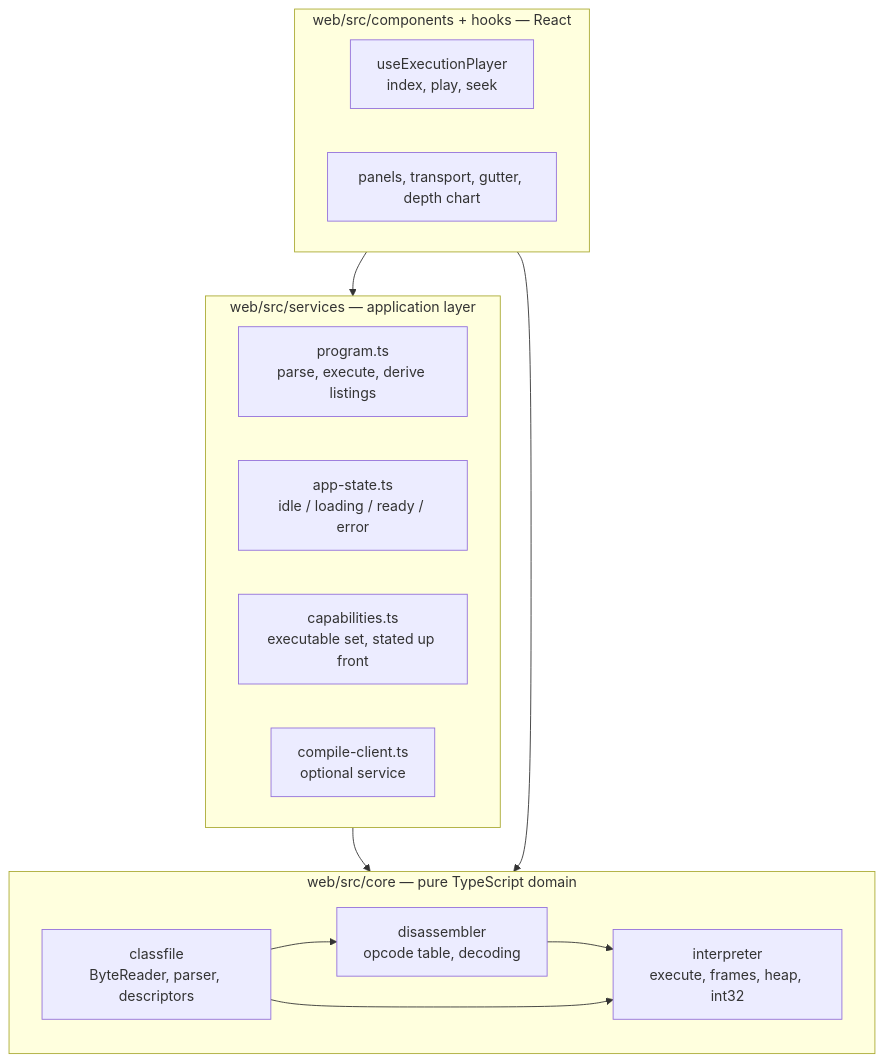
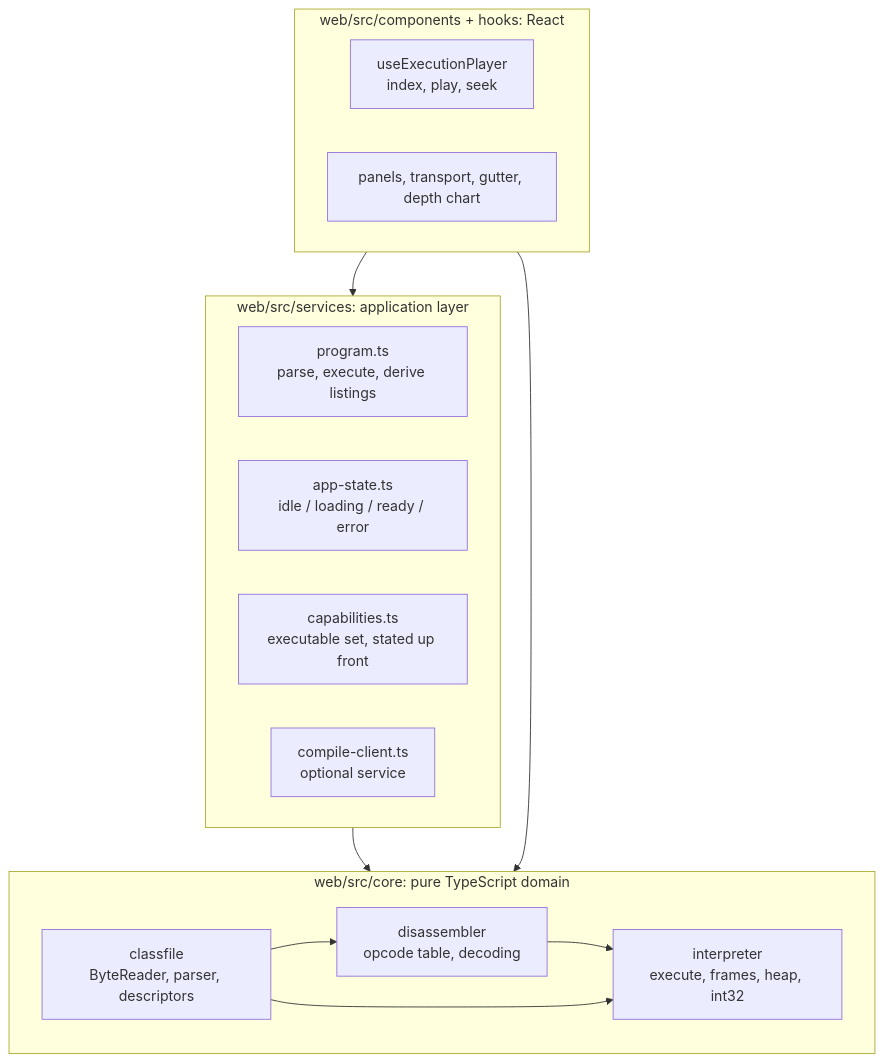
One commit to mblaszczykowski/JVM-Bytecode-Visualizer changed the first of 3 diagrams in docs/architecture.md. Above: the diagram before and after it, drawn with Mermaid. The commit also changed other lines of this file and 12 other files, not shown here.

Commit message:
docs: rewrite the README and the architecture notes

````diff
--- a/docs/architecture.md
+++ b/docs/architecture.md
@@ -12,24 +12,24 @@
 ```mermaid
 flowchart TD
-  subgraph core["web/src/core — pure TypeScript domain"]
+  subgraph core["web/src/core: pure TypeScript domain"]
     classfile["classfile<br/>ByteReader, parser, descriptors"]
     disassembler["disassembler<br/>opcode table, decoding"]
     interpreter["interpreter<br/>execute, frames, heap, int32"]
     classfile --> disassembler
     disassembler --> interpreter
     classfile --> interpreter
   end
-  subgraph app["web/src/services — application layer"]
+  subgraph app["web/src/services: application layer"]
     program["program.ts<br/>parse, execute, derive listings"]
     state["app-state.ts<br/>idle / loading / ready / error"]
     capabilities["capabilities.ts<br/>executable set, stated up front"]
     compileClient["compile-client.ts<br/>optional service"]
   end
-  subgraph ui["web/src/components + hooks — React"]
+  subgraph ui["web/src/components + hooks: React"]
     player["useExecutionPlayer<br/>index, play, seek"]
     panels["panels, transport, gutter, depth chart"]
   end
   app --> core
   ui --> app
   ui --> core
 ```
````
